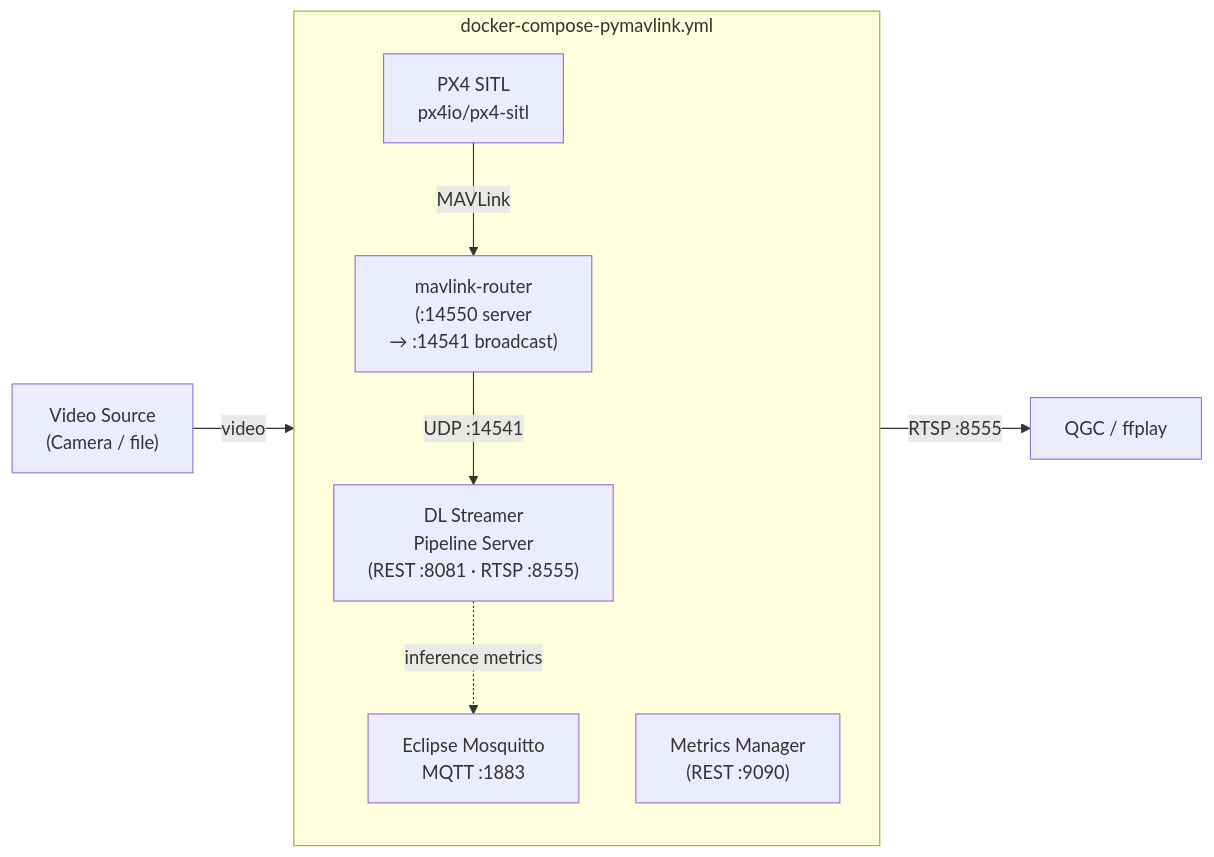
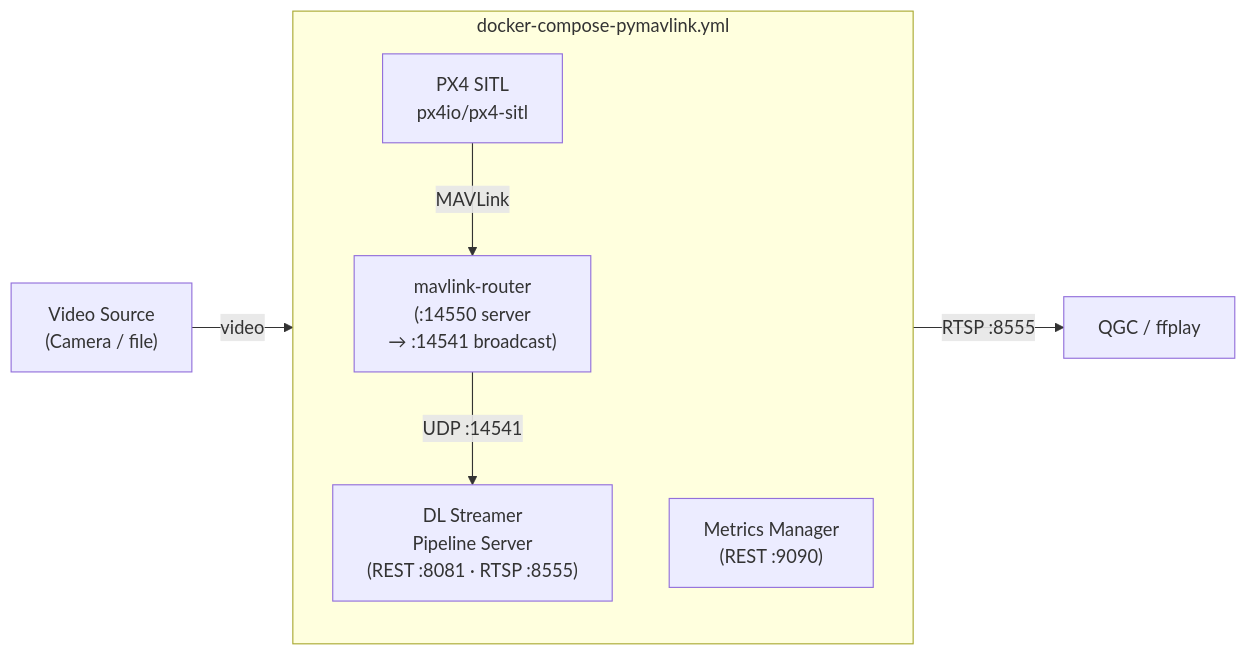
Before and after one commit to open-edge-platform/edge-ai-suites: the first of 2 diagrams in federal-aerospace/docs/uav-vision-analytics/get-started/get-started-standalone.md, drawn with Mermaid. The commit also changed other lines of this file and 1 other file, not shown here.

Commit message:
uav-vision-analytics: Update mermaid diagrams

````diff
--- a/federal-aerospace/docs/uav-vision-analytics/get-started/get-started-standalone.md
+++ b/federal-aerospace/docs/uav-vision-analytics/get-started/get-started-standalone.md
@@ -15,18 +15,16 @@
 ```mermaid
 flowchart LR
     subgraph Stack["docker-compose-pymavlink.yml"]
         direction TB
         PX4["PX4 SITL\npx4io/px4-sitl"]
         ROUTER["mavlink-router\n(:14550 server\n→ :14541 broadcast)"]
-        BROKER["Eclipse Mosquitto\nMQTT :1883"]
         DLSPS["DL Streamer\nPipeline Server\n(REST :8081 · RTSP :8555)"]
         MM["Metrics Manager\n(REST :9090)"]
 
         PX4 -->|"MAVLink"| ROUTER
         ROUTER -->|"UDP :14541"| DLSPS
-        DLSPS -.->|"inference metrics"| BROKER
     end
 
     VIDEO["Video Source\n(Camera / file)"] -->|"video"| DLSPS
     DLSPS -->|"RTSP :8555"| CLIENT["QGC / ffplay"]
 ```
````
